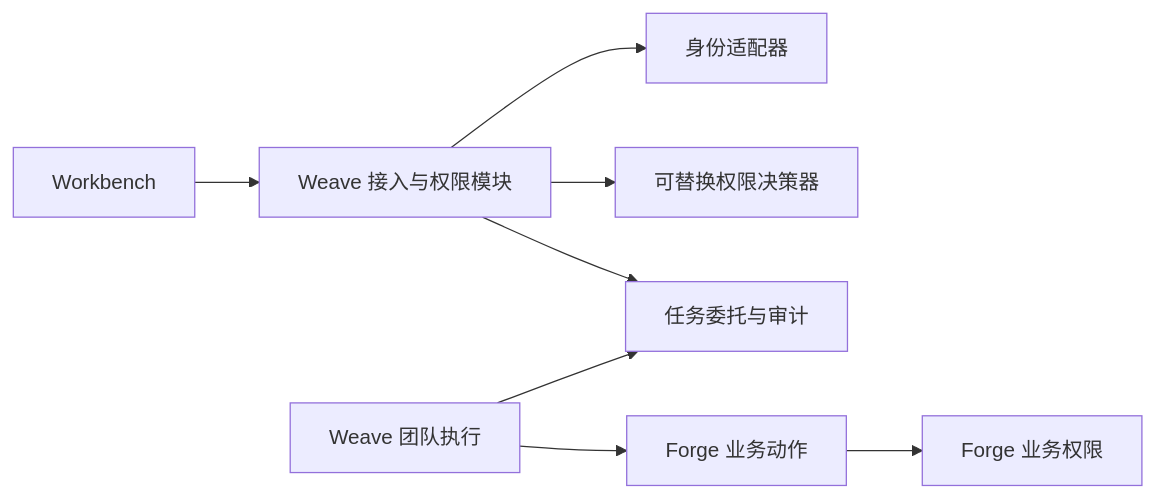
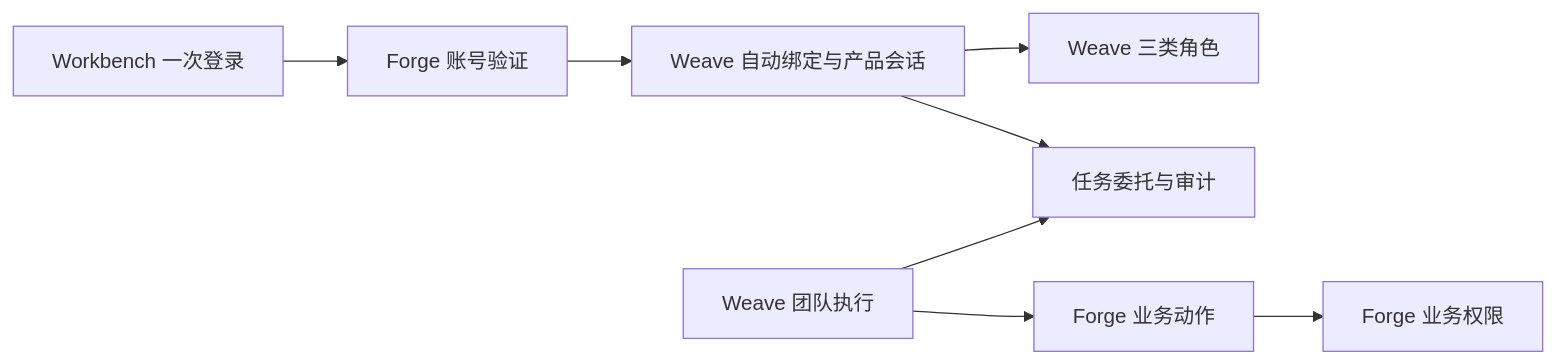
Before and after one commit to jinyitao123/weave-workbench: the diagram in docs/architecture/access-control-boundary.md, drawn with Mermaid. The commit also changed other lines of this file and 17 other files, not shown here.

Commit message:
docs(mvp1): adopt Forge identity with Weave roles

````diff
--- a/docs/architecture/access-control-boundary.md
+++ b/docs/architecture/access-control-boundary.md
@@ -36,10 +31,10 @@
 ```mermaid
 flowchart LR
-    D[Workbench] --> A[Weave 接入与权限模块]
-    A --> I[身份适配器]
-    A --> P[可替换权限决策器]
+    D[Workbench 一次登录] --> FID[Forge 账号验证]
+    FID --> A[Weave 自动绑定与产品会话]
+    A --> R[Weave 三类角色]
     A --> G[任务委托与审计]
     W[Weave 团队执行] --> G
     W --> F[Forge 业务动作]
     F --> B[Forge 业务权限]
 ```
````
